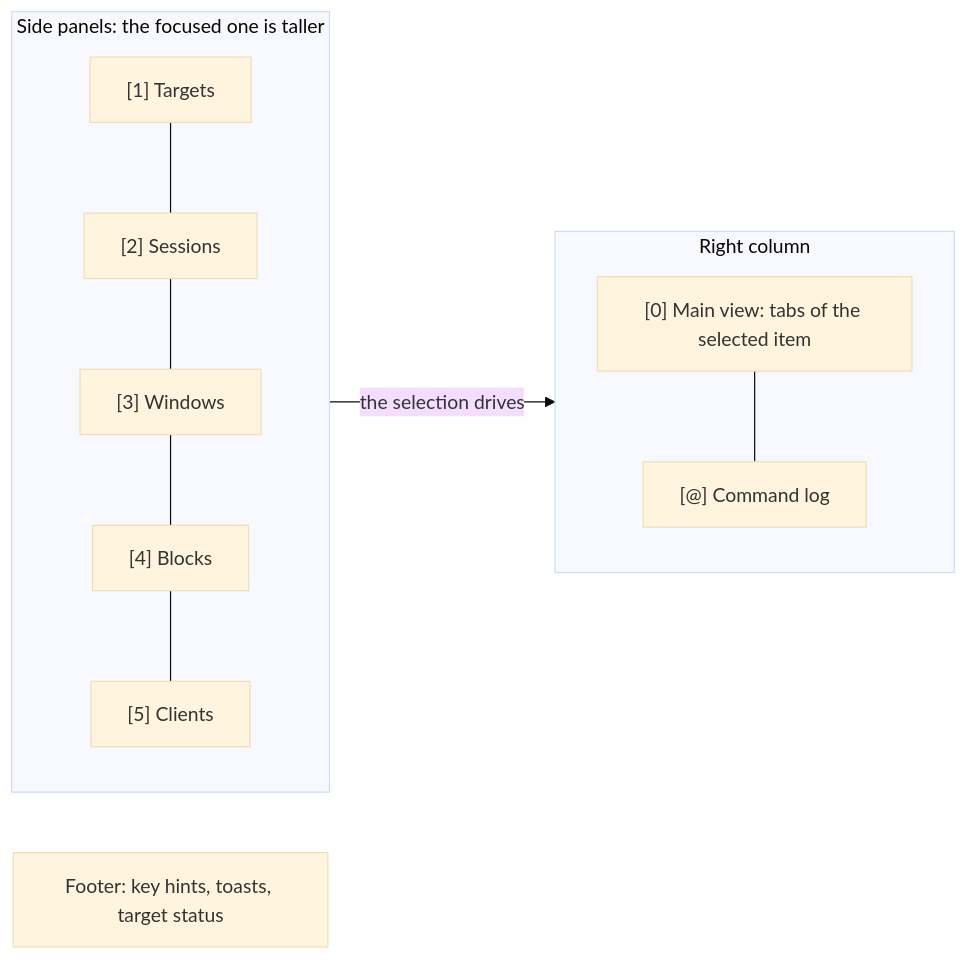
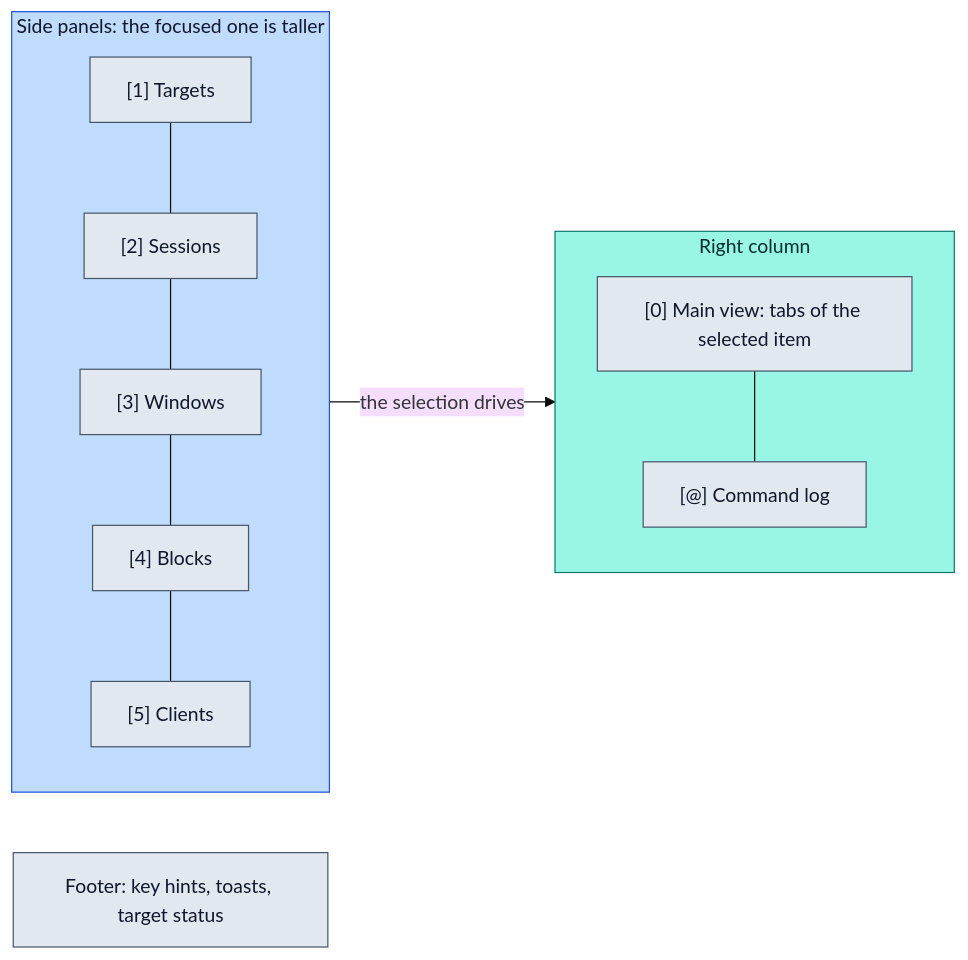
The diagram in docs/getting-started.md (rbobillot/lazyrex), drawn with Mermaid (base theme) before and after one commit. The commit also changed 11 other files, not shown here.

Commit message:
docs: color the mermaid diagrams

````diff
--- a/docs/getting-started.md
+++ b/docs/getting-started.md
@@ -35,13 +35,23 @@
 ```mermaid
 flowchart LR
     subgraph side ["Side panels: the focused one is taller"]
         direction TB
         targets["[1] Targets"] --- sessions["[2] Sessions"] --- windows["[3] Windows"] --- blocks["[4] Blocks"] --- clients["[5] Clients"]
     end
     subgraph right ["Right column"]
         direction TB
         main["[0] Main view: tabs of the selected item"] --- log["[@] Command log"]
     end
     side -->|"the selection drives"| main
     footer["Footer: key hints, toasts, target status"]
+    classDef entry fill:#bfdbfe,stroke:#1d4ed8,color:#0f172a
+    classDef step fill:#e2e8f0,stroke:#475569,color:#0f172a
+    classDef decision fill:#fde68a,stroke:#b45309,color:#1c1917
+    classDef caution fill:#fed7aa,stroke:#c2410c,color:#1c1917
+    classDef success fill:#bbf7d0,stroke:#15803d,color:#052e16
+    classDef failure fill:#fecaca,stroke:#b91c1c,color:#450a0a
+    classDef rexside fill:#99f6e4,stroke:#0f766e,color:#042f2e
+    class targets,sessions,windows,blocks,clients,main,log,footer step
+    style side fill:#bfdbfe,stroke:#1d4ed8,color:#0f172a
+    style right fill:#99f6e4,stroke:#0f766e,color:#042f2e
 ```
````
